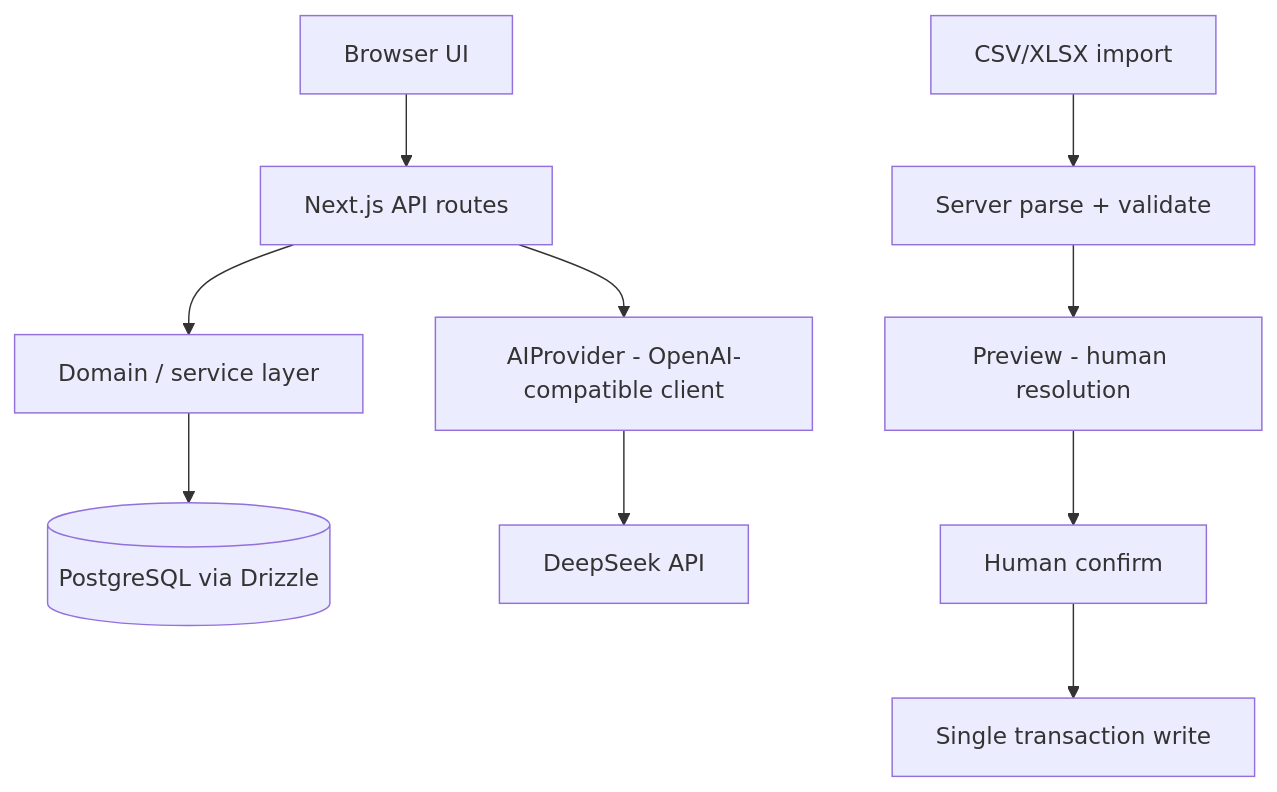
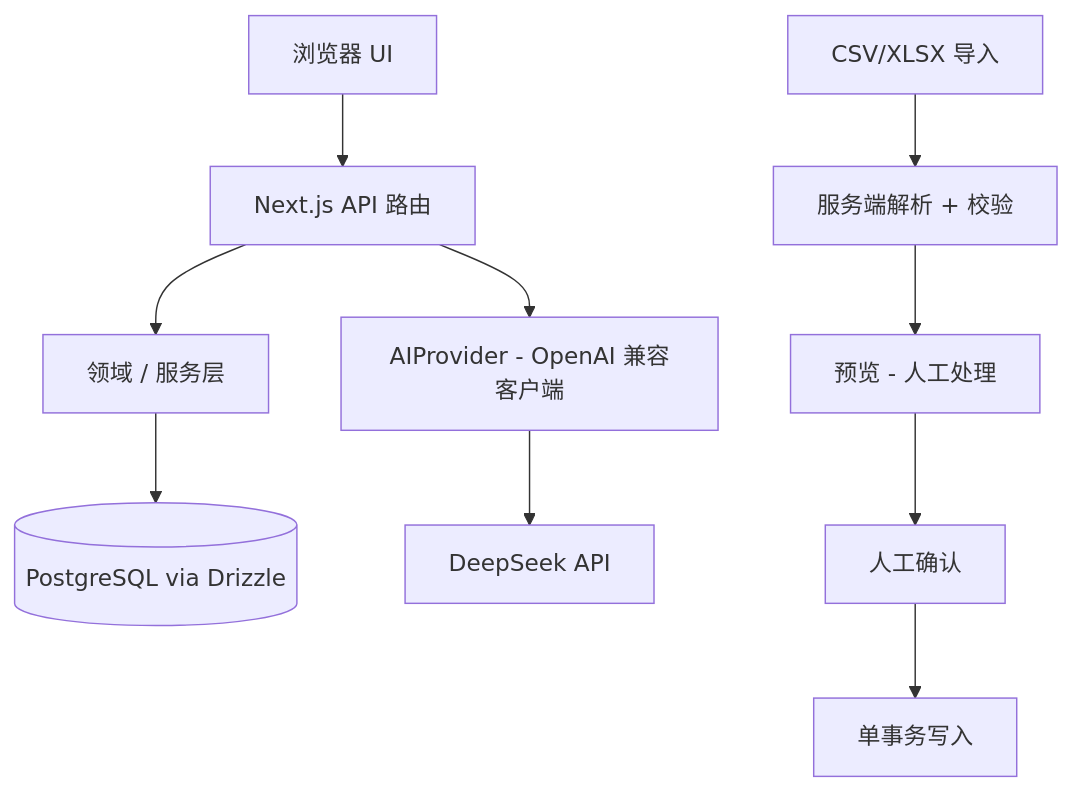
The first of 2 diagrams in README.md (halexzd686-cloud/contentloop), drawn with Mermaid before and after one commit. The commit also changed other lines of this file and 50 other files, not shown here.

````diff
--- a/README.md
+++ b/README.md
@@ -76,12 +76,12 @@
 ```mermaid
 flowchart TD
-  UI[Browser UI] --> API[Next.js API routes]
-  API --> SVC[Domain / service layer]
+  UI[浏览器 UI] --> API[Next.js API 路由]
+  API --> SVC[领域 / 服务层]
   SVC --> DB[(PostgreSQL via Drizzle)]
-  API --> AI[AIProvider - OpenAI-compatible client]
+  API --> AI[AIProvider - OpenAI 兼容客户端]
   AI --> DS[DeepSeek API]
-  CSV[CSV/XLSX import] --> PARSE[Server parse + validate]
-  PARSE --> PREV[Preview - human resolution]
-  PREV --> CONFIRM[Human confirm]
-  CONFIRM --> TX[Single transaction write]
+  CSV[CSV/XLSX 导入] --> PARSE[服务端解析 + 校验]
+  PARSE --> PREV[预览 - 人工处理]
+  PREV --> CONFIRM[人工确认]
+  CONFIRM --> TX[单事务写入]
 ```
````
